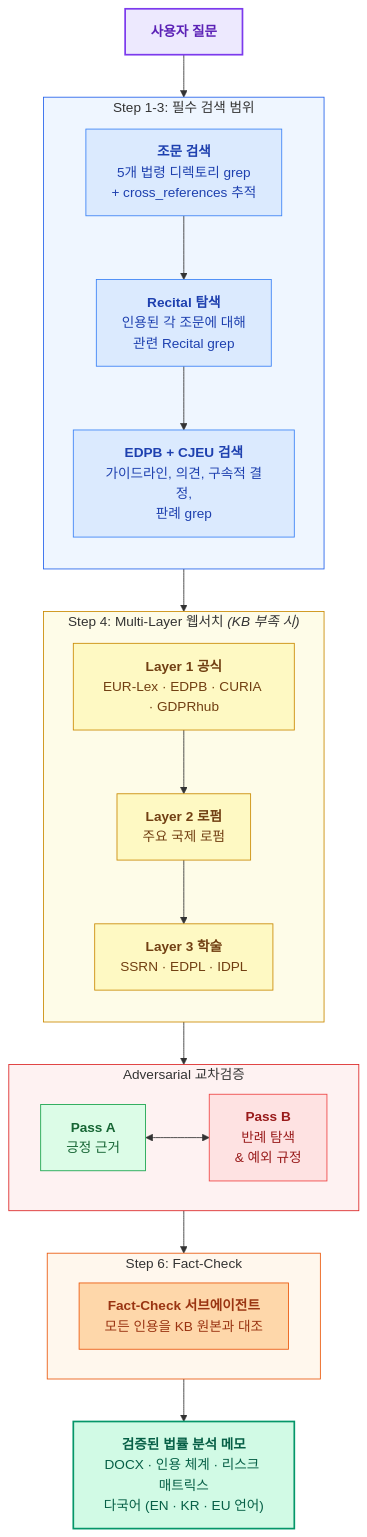
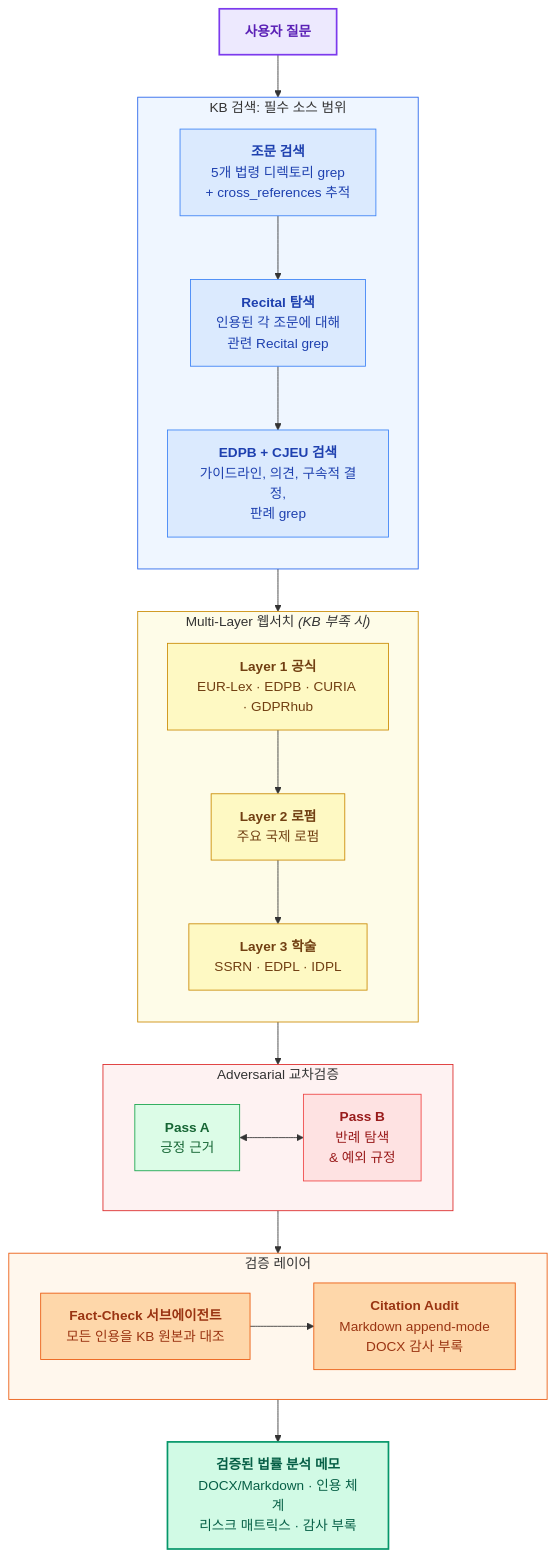
The third of 3 diagrams in README.ko.md (lowtidebuild/GDPR-expert), drawn with Mermaid before and after one commit. The commit also changed other lines of this file and 29 other files, not shown here.

````diff
--- a/README.ko.md
+++ b/README.ko.md
@@ -274,55 +276,58 @@
 ```mermaid
 flowchart TD
     Q["<b>사용자 질문</b>"]
 
-    subgraph kb["Step 1-3: 필수 검색 범위"]
+    subgraph kb["KB 검색: 필수 소스 범위"]
         direction TB
         S1["<b>조문 검색</b><br/>5개 법령 디렉토리 grep<br/>+ cross_references 추적"]
         S2["<b>Recital 탐색</b><br/>인용된 각 조문에 대해<br/>관련 Recital grep"]
         S3["<b>EDPB + CJEU 검색</b><br/>가이드라인, 의견, 구속적 결정,<br/>판례 grep"]
         S1 --> S2 --> S3
     end
 
-    subgraph web["Step 4: Multi-Layer 웹서치 <i>(KB 부족 시)</i>"]
+    subgraph web["Multi-Layer 웹서치 <i>(KB 부족 시)</i>"]
         direction TB
         L1["<b>Layer 1 공식</b><br/>EUR-Lex · EDPB · CURIA · GDPRhub"]
         L2["<b>Layer 2 로펌</b><br/>주요 국제 로펌"]
         L3["<b>Layer 3 학술</b><br/>SSRN · EDPL · IDPL"]
         L1 --> L2 --> L3
     end
 
     subgraph verify["Adversarial 교차검증"]
         direction LR
         PA["<b>Pass A</b><br/>긍정 근거"]
         PB["<b>Pass B</b><br/>반례 탐색<br/>& 예외 규정"]
         PA <--> PB
     end
 
-    subgraph fc["Step 6: Fact-Check"]
+    subgraph fc["검증 레이어"]
         FC["<b>Fact-Check 서브에이전트</b><br/>모든 인용을 KB 원본과 대조"]
+        CA["<b>Citation Audit</b><br/>Markdown append-mode<br/>DOCX 감사 부록"]
+        FC --> CA
     end
 
-    O["<b>검증된 법률 분석 메모</b><br/>DOCX · 인용 체계 · 리스크 매트릭스<br/>다국어 (EN · KR · EU 언어)"]
+    O["<b>검증된 법률 분석 메모</b><br/>DOCX/Markdown · 인용 체계<br/>리스크 매트릭스 · 감사 부록"]
 
     Q --> kb
     kb --> web
     web --> verify
     verify --> fc
     fc --> O
 
     style Q fill:#ede9fe,stroke:#7c3aed,stroke-width:2px,color:#5b21b6
     style kb fill:#eff6ff,stroke:#2563eb,stroke-width:1px
     style web fill:#fefce8,stroke:#ca8a04,stroke-width:1px
     style verify fill:#fef2f2,stroke:#dc2626,stroke-width:1px
     style fc fill:#fff7ed,stroke:#ea580c,stroke-width:1px
     style FC fill:#fed7aa,stroke:#ea580c,color:#9a3412
+    style CA fill:#fed7aa,stroke:#ea580c,color:#9a3412
     style O fill:#d1fae5,stroke:#059669,stroke-width:2px,color:#065f46
     style S1 fill:#dbeafe,stroke:#3b82f6,color:#1e40af
     style S2 fill:#dbeafe,stroke:#3b82f6,color:#1e40af
     style S3 fill:#dbeafe,stroke:#3b82f6,color:#1e40af
     style L1 fill:#fef9c3,stroke:#ca8a04,color:#713f12
     style L2 fill:#fef9c3,stroke:#ca8a04,color:#713f12
     style L3 fill:#fef9c3,stroke:#ca8a04,color:#713f12
     style PA fill:#dcfce7,stroke:#16a34a,color:#166534
     style PB fill:#fee2e2,stroke:#ef4444,color:#991b1b
 ```
````
